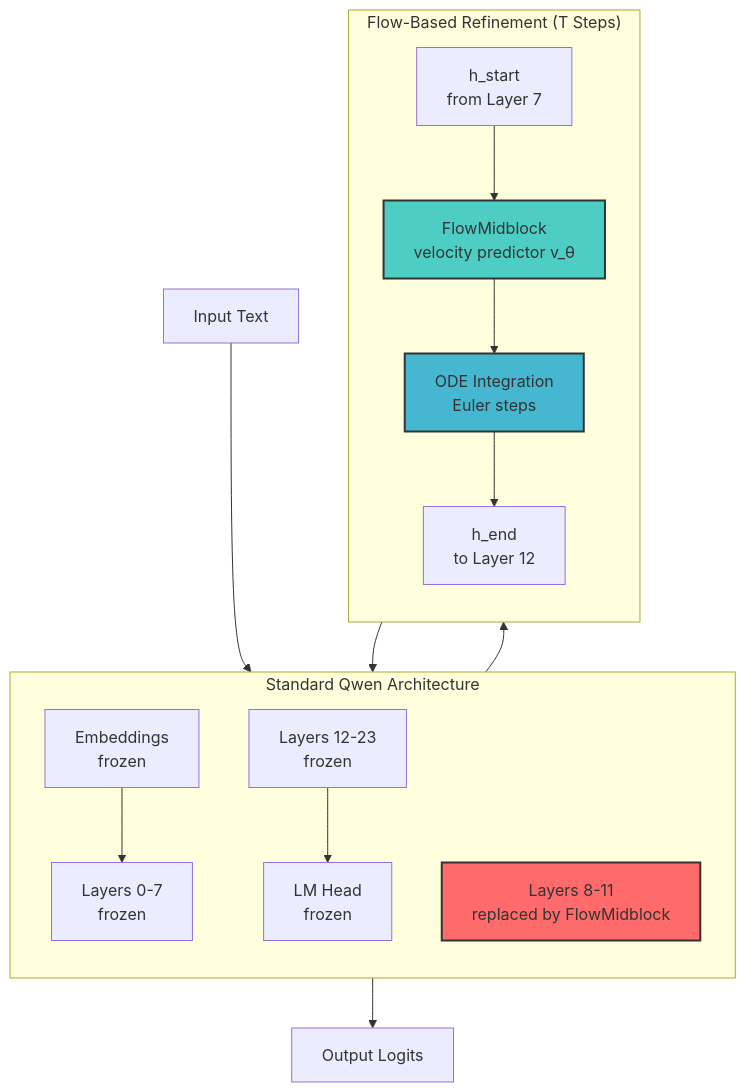
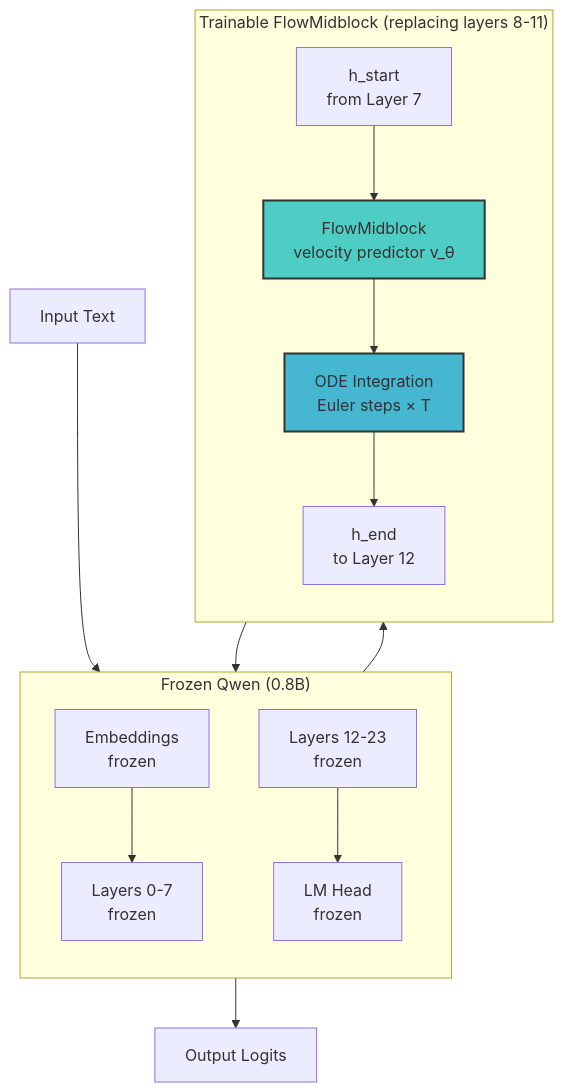
The diagram in README.md (hungphongtrn/midflowlm), drawn with Mermaid before and after one commit. The commit also changed other lines of this file, not shown here.

````diff
--- a/README.md
+++ b/README.md
@@ -9,33 +72,23 @@
 ```mermaid
 flowchart TB
-    subgraph "Standard Qwen Architecture"
+    subgraph "Frozen Qwen (0.8B)"
         direction TB
         Emb[Embeddings<br/>frozen]
         L0_7["Layers 0-7<br/>frozen"]
-        L8_11["Layers 8-11<br/>replaced by FlowMidblock"]
         L12_23["Layers 12-23<br/>frozen"]
         LMHead[LM Head<br/>frozen]
     end
-    
-    subgraph "Flow-Based Refinement (T Steps)"
+
+    subgraph "Trainable FlowMidblock (replacing layers 8-11)"
         direction TB
         h_start["h_start<br/>from Layer 7"]
         FM[FlowMidblock<br/>velocity predictor v_θ]
-        ODE["ODE Integration<br/>Euler steps"]
+        ODE["ODE Integration<br/>Euler steps × T"]
         h_end["h_end<br/>to Layer 12"]
     end
-    
-    Input[Input Text] --> Emb
-    Emb --> L0_7
-    L0_7 --> h_start
-    h_start --> FM
-    FM --> ODE
-    ODE --> h_end
-    h_end --> L12_23
-    L12_23 --> LMHead
-    LMHead --> Output[Output Logits]
-    
-    style L8_11 fill:#ff6b6b,stroke:#333,stroke-width:2px
+
+    Input[Input Text] --> Emb --> L0_7 --> h_start --> FM --> ODE --> h_end --> L12_23 --> LMHead --> Output[Output Logits]
+
     style FM fill:#4ecdc4,stroke:#333,stroke-width:2px
     style ODE fill:#45b7d1,stroke:#333,stroke-width:2px
 ```
````
